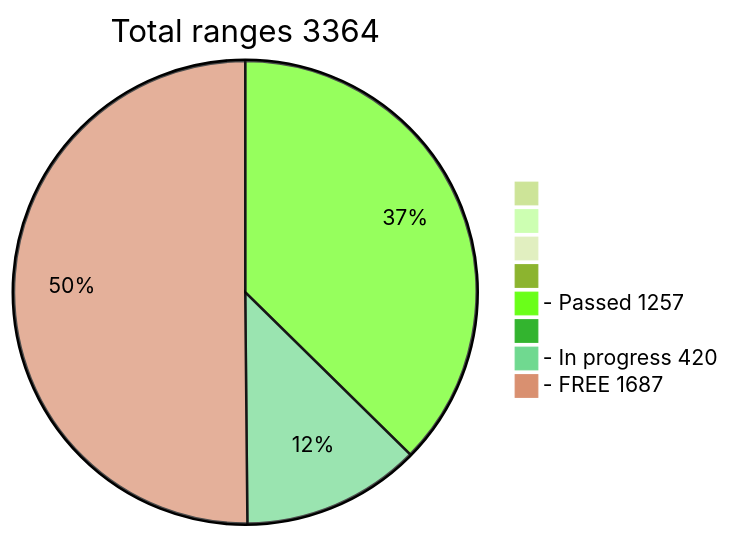
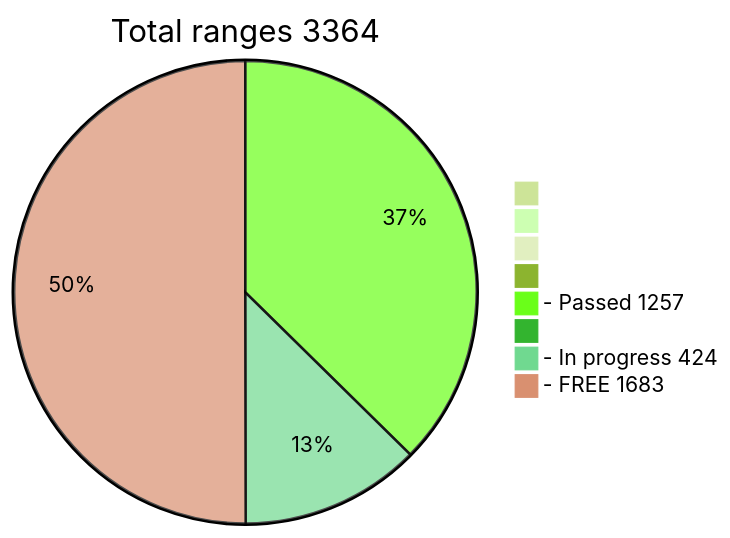
Before and after one commit to phrutis/wif500: the diagram in README.md, drawn with Mermaid (forest theme).

````diff
--- a/README.md
+++ b/README.md
@@ -16,12 +16,12 @@
 ```mermaid
 pie title Total ranges 3364
              " " : 0
             "  " : 0
            "   " : 0
           "    " : 0
   "- Passed 1257" : 1257
          "     " : 0
-  "- In progress 420" : 420
-   "- FREE 1687" : 1687
+  "- In progress 424" : 424
+   "- FREE 1683" : 1683
    
 ```
````
